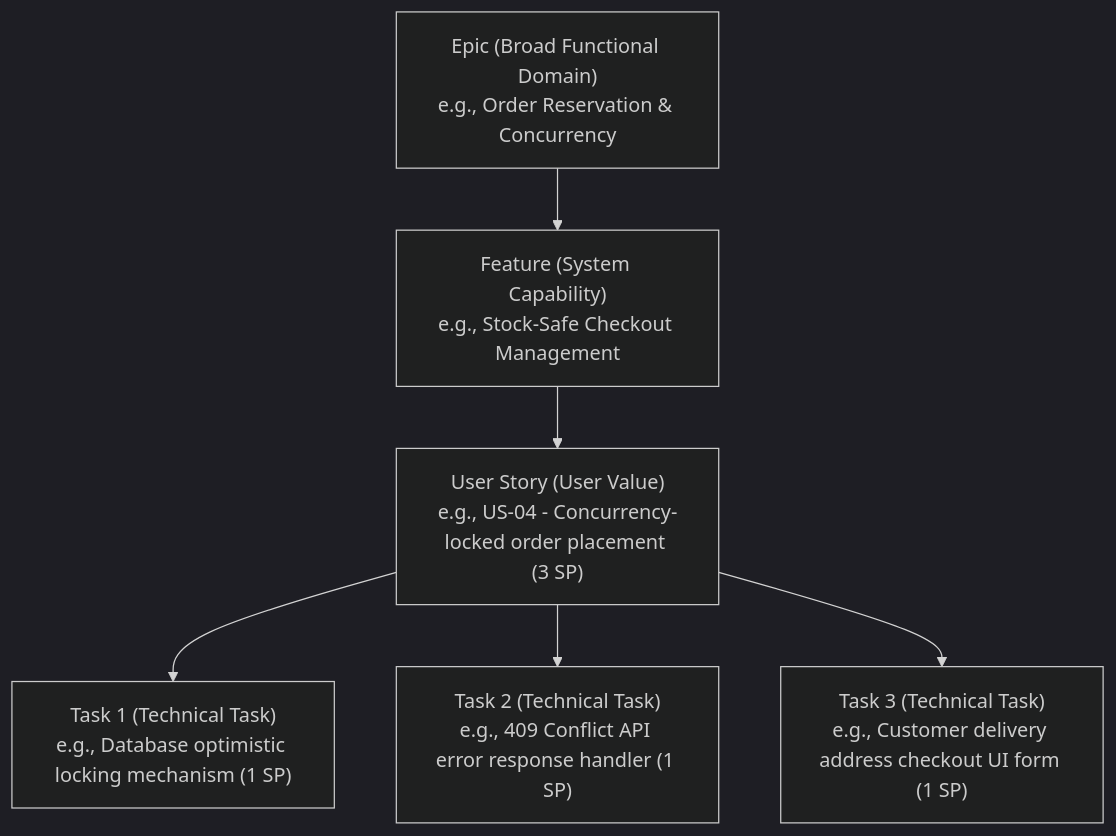
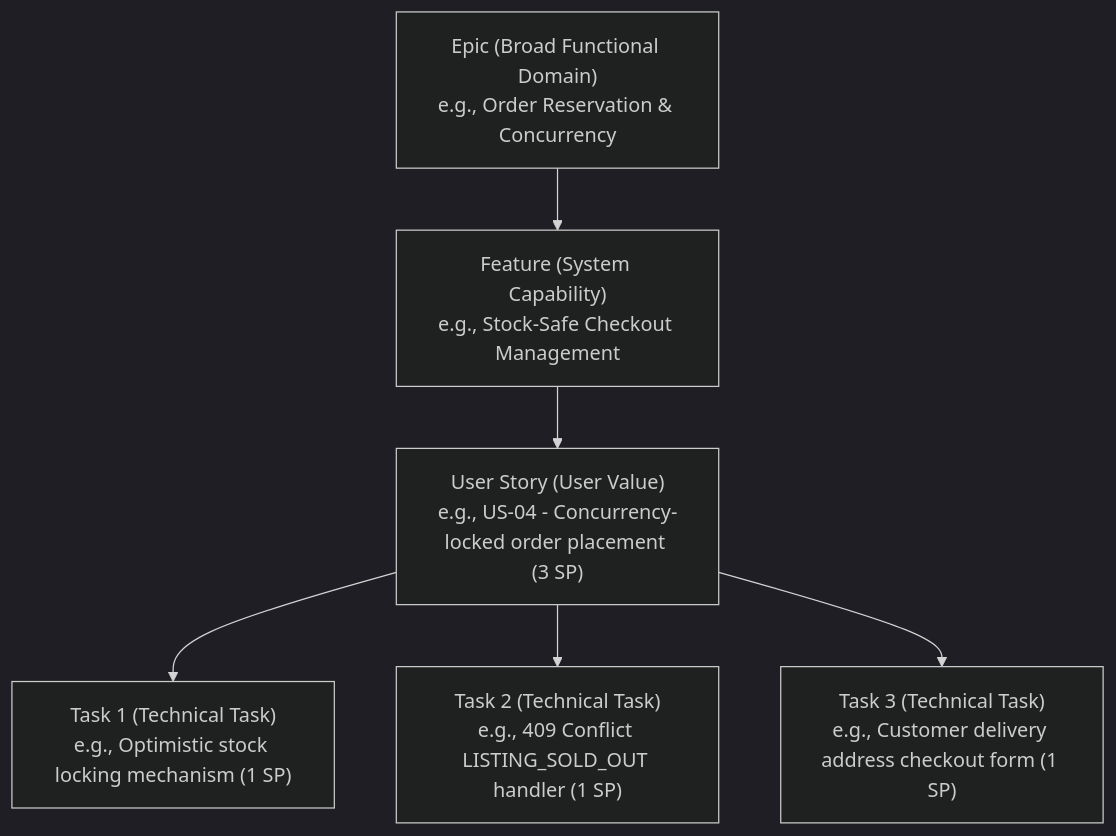
The second of 2 diagrams in docs/sprint1/SPRINT1_REPORT.md (macig102/rescuebite-surplus-food-market), drawn with Mermaid (dark theme) before and after one commit. The commit also changed other lines of this file and 4 other files, not shown here.

````diff
--- a/docs/sprint1/SPRINT1_REPORT.md
+++ b/docs/sprint1/SPRINT1_REPORT.md
@@ -254,15 +286,15 @@
 ```mermaid
 flowchart TD
     Epic["Epic (Broad Functional Domain)\ne.g., Order Reservation & Concurrency"]
     Feature["Feature (System Capability)\ne.g., Stock-Safe Checkout Management"]
     Story["User Story (User Value)\ne.g., US-04 - Concurrency-locked order placement (3 SP)"]
-    Task1["Task 1 (Technical Task)\ne.g., Database optimistic locking mechanism (1 SP)"]
-    Task2["Task 2 (Technical Task)\ne.g., 409 Conflict API error response handler (1 SP)"]
-    Task3["Task 3 (Technical Task)\ne.g., Customer delivery address checkout UI form (1 SP)"]
+    Task1["Task 1 (Technical Task)\ne.g., Optimistic stock locking mechanism (1 SP)"]
+    Task2["Task 2 (Technical Task)\ne.g., 409 Conflict LISTING_SOLD_OUT handler (1 SP)"]
+    Task3["Task 3 (Technical Task)\ne.g., Customer delivery address checkout form (1 SP)"]
 
     Epic --> Feature
     Feature --> Story
     Story --> Task1
     Story --> Task2
     Story --> Task3
 ```
````
